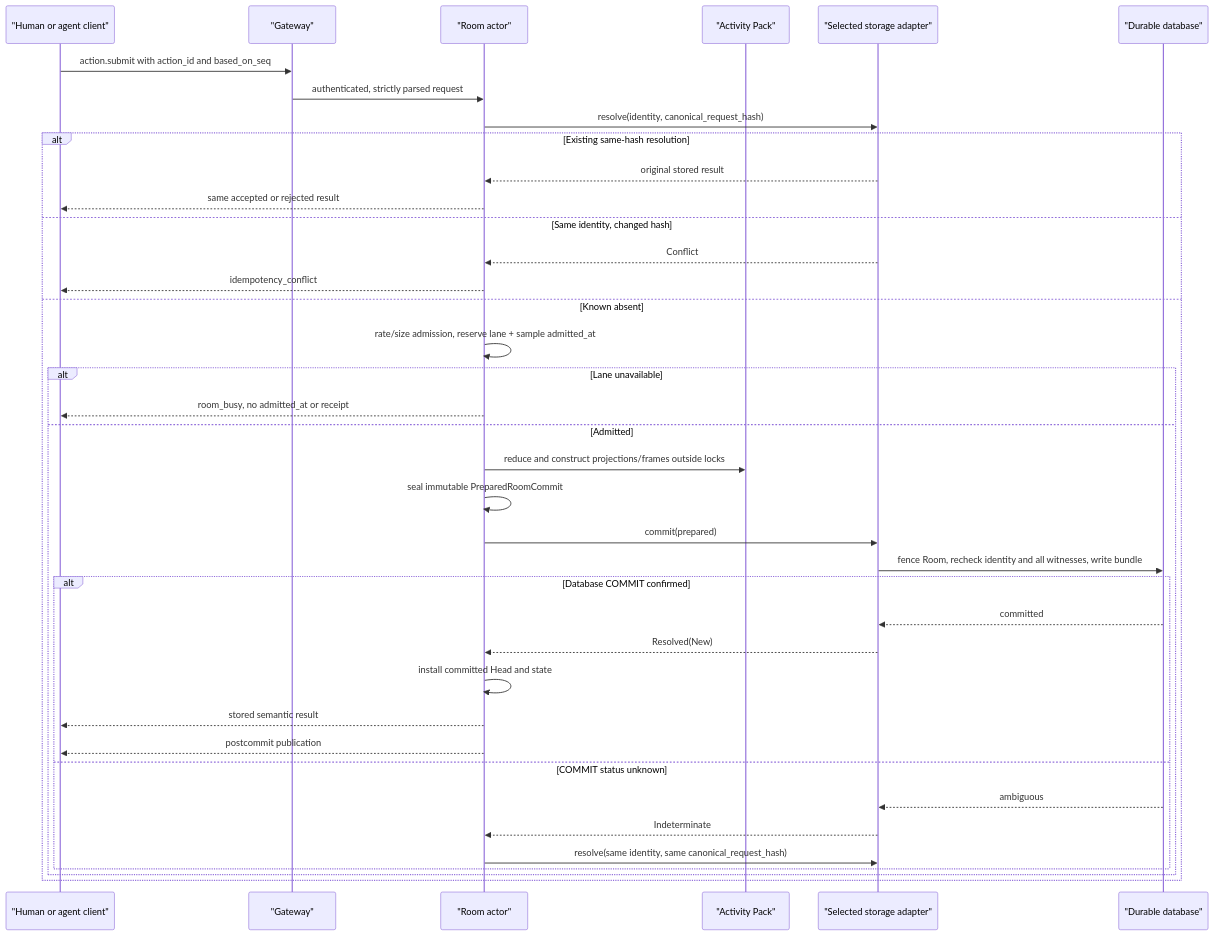
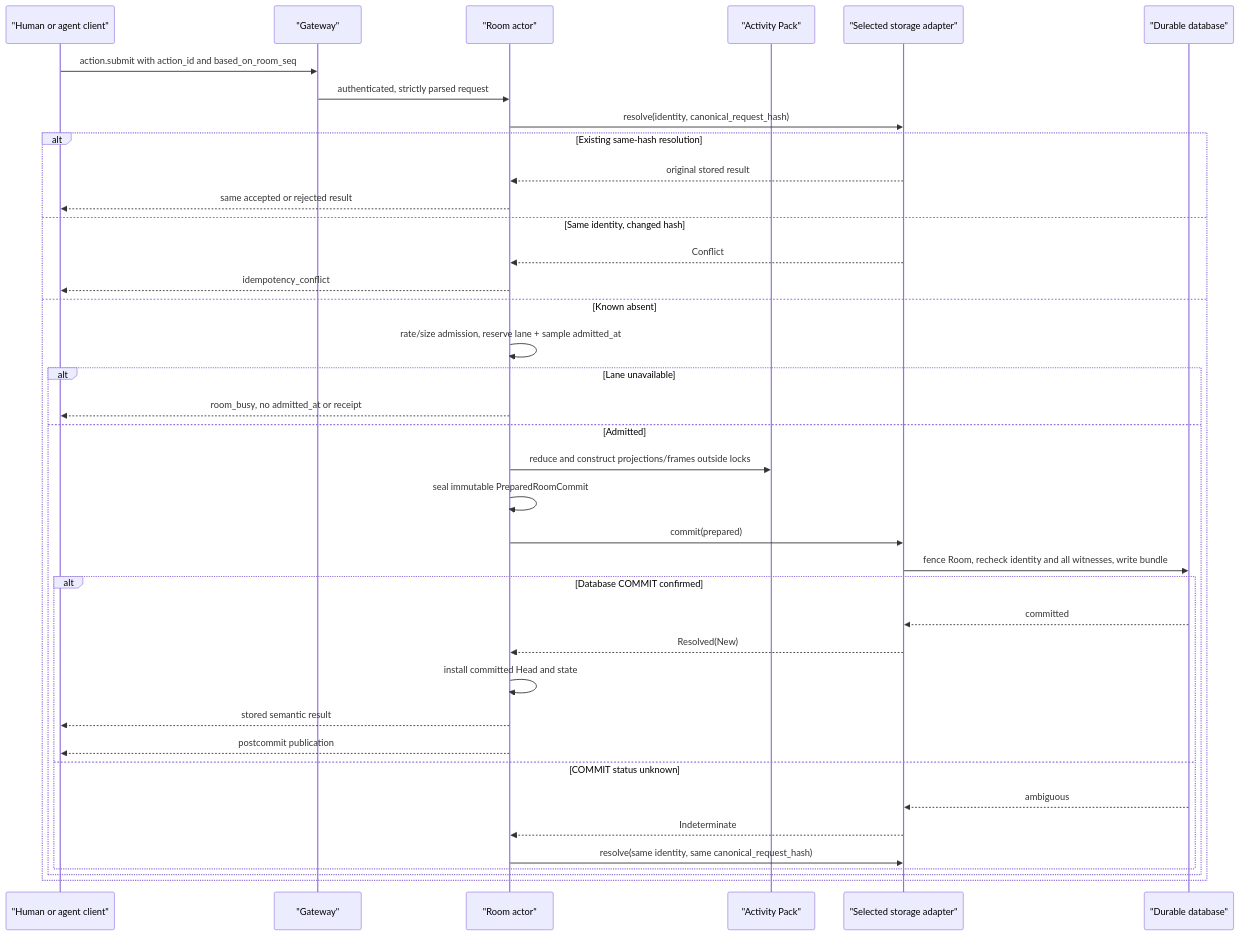
The second of 3 diagrams in docs/architecture.md (imom39a/worldstream), drawn with Mermaid before and after one commit. The commit also changed other lines of this file and 9 other files, not shown here.

```diff
--- a/docs/architecture.md
+++ b/docs/architecture.md
@@ -451,42 +452,42 @@
 ~~~mermaid
 sequenceDiagram
     participant C as "Human or agent client"
     participant G as "Gateway"
     participant R as "Room actor"
     participant P as "Activity Pack"
     participant S as "Selected storage adapter"
     participant D as "Durable database"
 
-    C->>G: action.submit with action_id and based_on_seq
+    C->>G: action.submit with action_id and based_on_room_seq
     G->>R: authenticated, strictly parsed request
     R->>S: resolve(identity, canonical_request_hash)
 
     alt Existing same-hash resolution
         S-->>R: original stored result
         R-->>C: same accepted or rejected result
     else Same identity, changed hash
         S-->>R: Conflict
         R-->>C: idempotency_conflict
     else Known absent
         R->>R: rate/size admission, reserve lane + sample admitted_at
         alt Lane unavailable
             R-->>C: room_busy, no admitted_at or receipt
         else Admitted
             R->>P: reduce and construct projections/frames outside locks
             R->>R: seal immutable PreparedRoomCommit
             R->>S: commit(prepared)
             S->>D: fence Room, recheck identity and all witnesses, write bundle
             alt Database COMMIT confirmed
                 D-->>S: committed
                 S-->>R: Resolved(New)
                 R->>R: install committed Head and state
                 R-->>C: stored semantic result
                 R-->>C: postcommit publication
             else COMMIT status unknown
                 D-->>S: ambiguous
                 S-->>R: Indeterminate
                 R->>S: resolve(same identity, same canonical_request_hash)
             end
         end
     end
 ~~~
```
